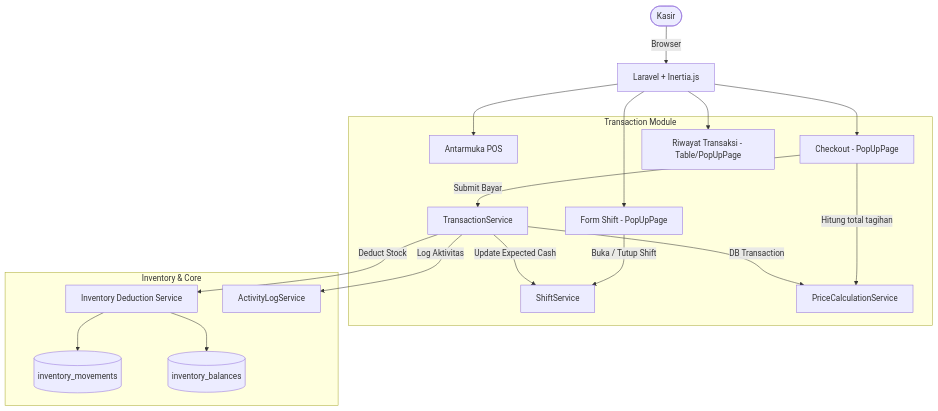
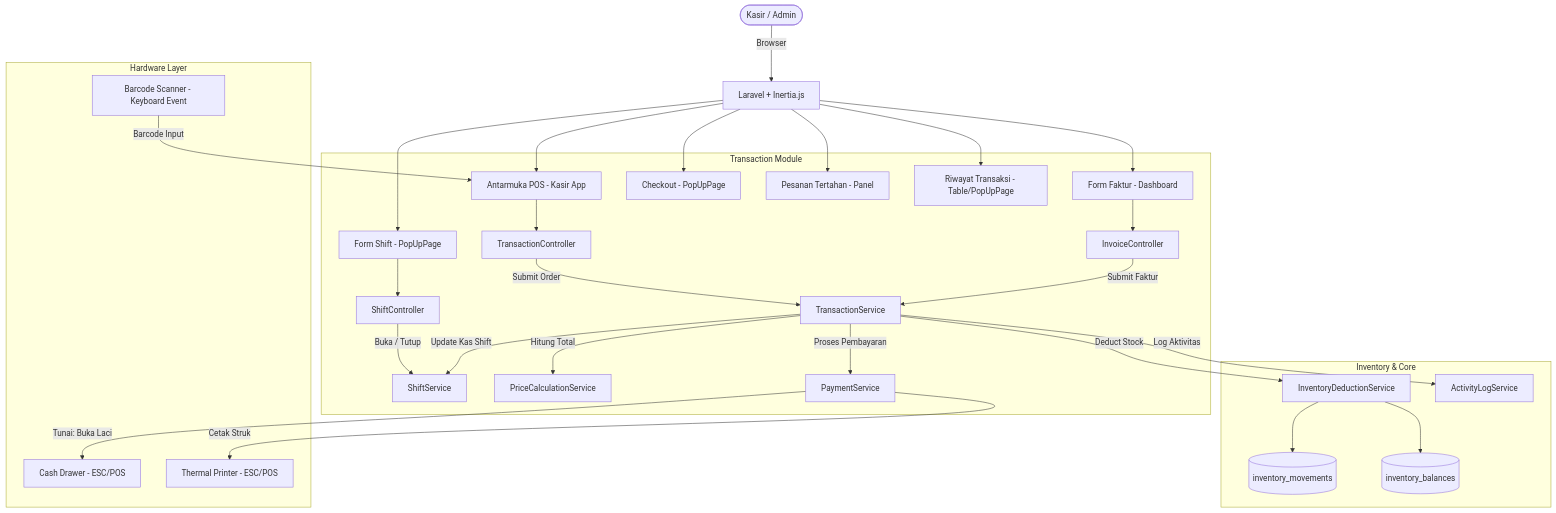
One commit to whykrr/sollu-app changed the first of 4 diagrams in prd/PRD Transaksi V1.md. Above: the diagram before and after it, drawn with Mermaid. The commit also changed other lines of this file and 4 other files, not shown here.

````diff
--- a/prd/PRD Transaksi V1.md
+++ b/prd/PRD Transaksi V1.md
@@ -94,38 +196,62 @@
 ```mermaid
 flowchart TD
-    User([Kasir]) -->|Browser| App[Laravel + Inertia.js]
+    User([Kasir / Admin]) -->|Browser| App[Laravel + Inertia.js]
 
     subgraph Transaction Module
-        POS[Antarmuka POS]
+        POS[Antarmuka POS - Kasir App]
+        InvoiceForm[Form Faktur - Dashboard]
         ShiftForm[Form Shift - PopUpPage]
         Checkout[Checkout - PopUpPage]
+        HoldList[Pesanan Tertahan - Panel]
         Hist[Riwayat Transaksi - Table/PopUpPage]
+        TransCtrl[TransactionController]
+        InvoiceCtrl[InvoiceController]
+        ShiftCtrl[ShiftController]
         TransService[TransactionService]
         ShiftService[ShiftService]
         PriceCalc[PriceCalculationService]
+        PaymentService[PaymentService]
     end
 
     subgraph Inventory & Core
-        InventoryDeduction[Inventory Deduction Service]
+        InvDeduction[InventoryDeductionService]
         Ledger[(inventory_movements)]
         Balance[(inventory_balances)]
         Activity[ActivityLogService]
     end
 
+    subgraph Hardware Layer
+        CashDrawer[Cash Drawer - ESC/POS]
+        Scanner[Barcode Scanner - Keyboard Event]
+        Printer[Thermal Printer - ESC/POS]
+    end
+
     App --> POS
+    App --> InvoiceForm
     App --> ShiftForm
     App --> Checkout
+    App --> HoldList
     App --> Hist
 
-    ShiftForm -->|Buka / Tutup Shift| ShiftService
-    Checkout -->|Hitung total tagihan| PriceCalc
-    Checkout -->|Submit Bayar| TransService
-    
-    TransService -->|DB Transaction| PriceCalc
-    TransService -->|Deduct Stock| InventoryDeduction
+    POS --> TransCtrl
+    InvoiceForm --> InvoiceCtrl
+    ShiftForm --> ShiftCtrl
+
+    TransCtrl -->|Submit Order| TransService
+    InvoiceCtrl -->|Submit Faktur| TransService
+    ShiftCtrl -->|Buka / Tutup| ShiftService
+
+    TransService -->|Hitung Total| PriceCalc
+    TransService -->|Proses Pembayaran| PaymentService
+    TransService -->|Deduct Stock| InvDeduction
     TransService -->|Log Aktivitas| Activity
-    TransService -->|Update Expected Cash| ShiftService
-    
-    InventoryDeduction --> Ledger
-    InventoryDeduction --> Balance
+    TransService -->|Update Kas Shift| ShiftService
+
+    PaymentService -->|Tunai: Buka Laci| CashDrawer
+    PaymentService -->|Cetak Struk| Printer
+
+    InvDeduction --> Ledger
+    InvDeduction --> Balance
+
+    Scanner -->|Barcode Input| POS
 ```
````
